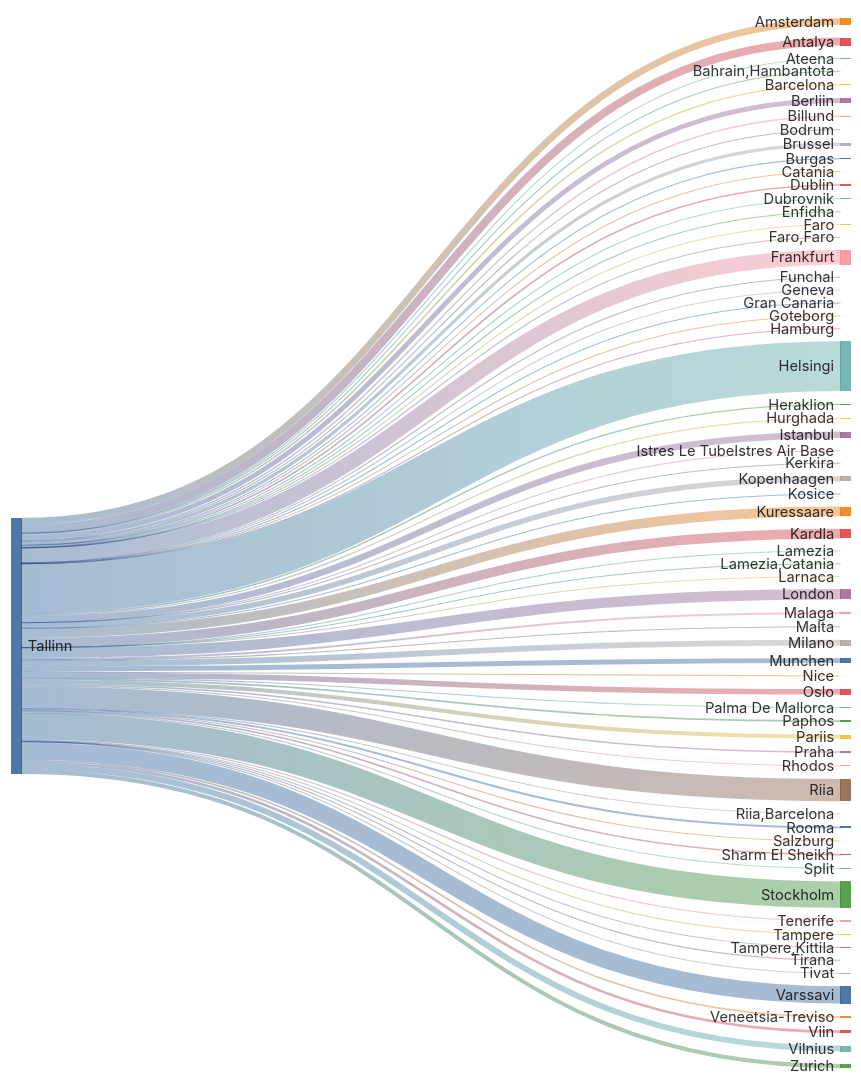
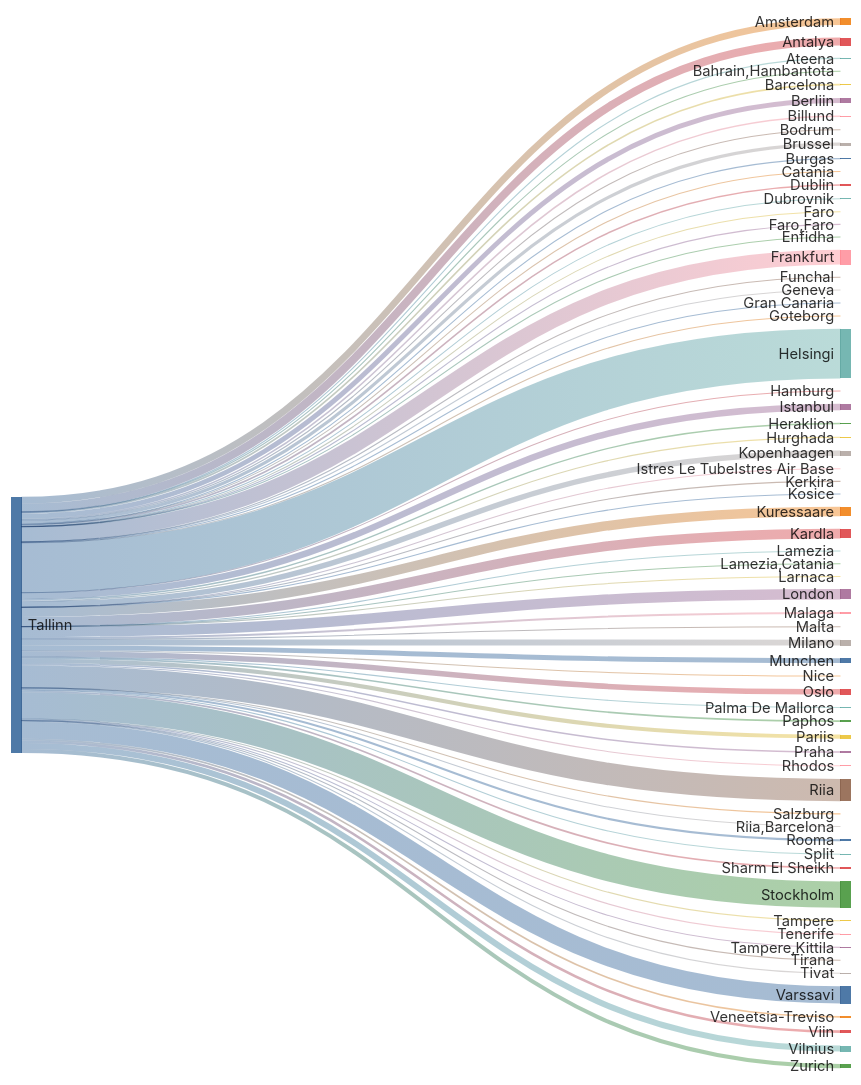
Before and after one commit to rainermesi/tll-airport-departures: the second of 2 diagrams in README.md, drawn with Mermaid. The commit also changed other lines of this file, not shown here.

````diff
--- a/README.md
+++ b/README.md
@@ -34,77 +34,77 @@
 ```mermaid
 ---
 config:
   sankey:
     showValues: false
     width: 800
     height: 1000
 ---
 sankey-beta
 %% source,target,value
-Tallinn,Amsterdam,224
+Tallinn,Amsterdam,225
 Tallinn,Antalya,264
 Tallinn,Ateena,16
 Tallinn,"Bahrain,Hambantota",1
-Tallinn,Barcelona,51
-Tallinn,Berliin,160
+Tallinn,Barcelona,52
+Tallinn,Berliin,162
 Tallinn,Billund,49
 Tallinn,Bodrum,11
-Tallinn,Brussel,103
+Tallinn,Brussel,104
 Tallinn,Burgas,21
 Tallinn,Catania,2
 Tallinn,Dublin,53
 Tallinn,Dubrovnik,21
 Tallinn,Enfidha,7
 Tallinn,Faro,4
 Tallinn,"Faro,Faro",1
-Tallinn,Frankfurt,485
+Tallinn,Frankfurt,488
 Tallinn,Funchal,5
 Tallinn,Geneva,6
-Tallinn,Gran Canaria,25
+Tallinn,Gran Canaria,26
 Tallinn,Goteborg,1
 Tallinn,Hamburg,1
-Tallinn,Helsingi,1636
+Tallinn,Helsingi,1645
 Tallinn,Heraklion,46
 Tallinn,Hurghada,40
-Tallinn,Istanbul,213
+Tallinn,Istanbul,215
 Tallinn,Istres Le TubeIstres Air Base,2
 Tallinn,Kerkira,4
-Tallinn,Kopenhaagen,178
+Tallinn,Kopenhaagen,179
 Tallinn,Kosice,1
-Tallinn,Kuressaare,316
-Tallinn,Kardla,316
+Tallinn,Kuressaare,317
+Tallinn,Kardla,317
 Tallinn,Lamezia,1
 Tallinn,"Lamezia,Catania",3
 Tallinn,Larnaca,4
-Tallinn,London,339
+Tallinn,London,341
 Tallinn,Malaga,66
 Tallinn,Malta,15
-Tallinn,Milano,195
+Tallinn,Milano,196
 Tallinn,Munchen,162
 Tallinn,Nice,25
-Tallinn,Oslo,181
+Tallinn,Oslo,183
 Tallinn,Palma De Mallorca,19
 Tallinn,Paphos,52
-Tallinn,Pariis,135
+Tallinn,Pariis,136
 Tallinn,Praha,49
 Tallinn,Rhodos,32
-Tallinn,Riia,732
+Tallinn,Riia,736
 Tallinn,"Riia,Barcelona",1
-Tallinn,Rooma,65
+Tallinn,Rooma,66
 Tallinn,Salzburg,7
-Tallinn,Sharm El Sheikh,54
+Tallinn,Sharm El Sheikh,55
 Tallinn,Split,25
-Tallinn,Stockholm,867
+Tallinn,Stockholm,872
 Tallinn,Tampere,17
 Tallinn,"Tampere,Kittila",7
 Tallinn,Tenerife,39
 Tallinn,Tirana,8
 Tallinn,Tivat,26
-Tallinn,Varssavi,565
-Tallinn,Veneetsia-Treviso,53
+Tallinn,Varssavi,568
+Tallinn,Veneetsia-Treviso,54
 Tallinn,Viin,85
-Tallinn,Vilnius,197
-Tallinn,Zurich,132
+Tallinn,Vilnius,198
+Tallinn,Zurich,133
 
 
 ```
````
